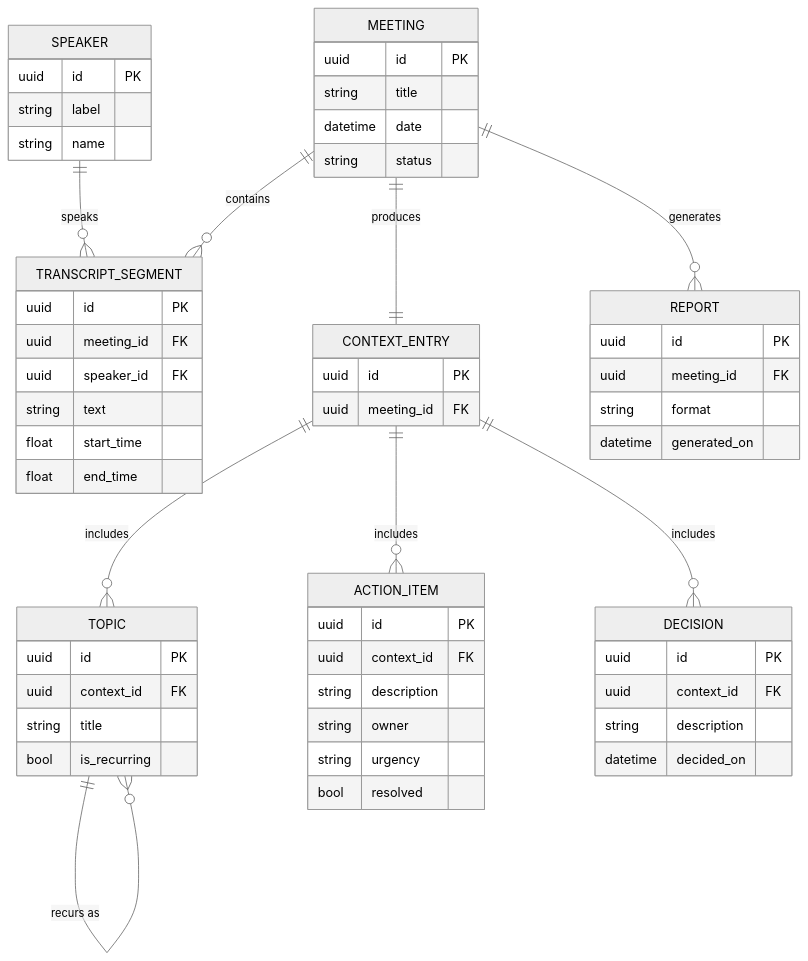
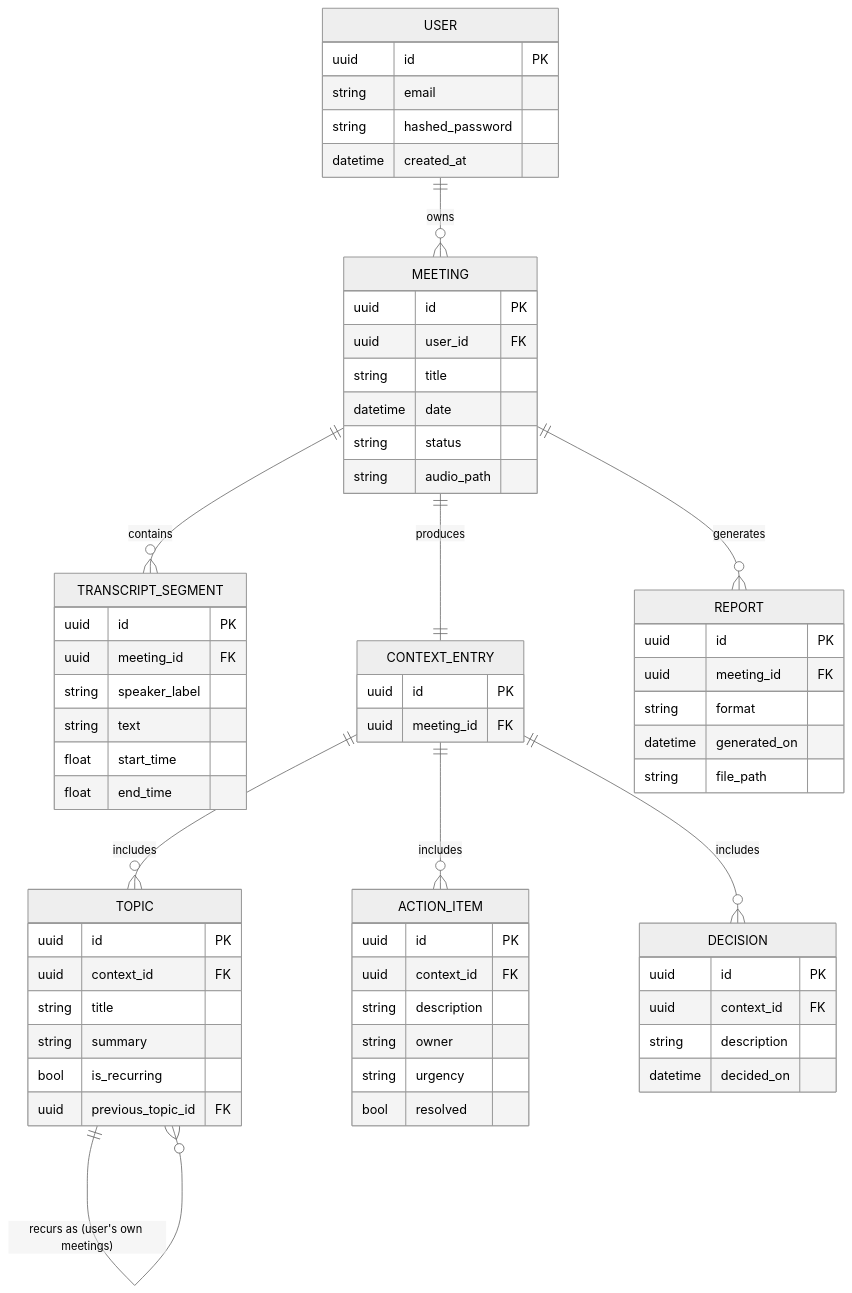
Before and after one commit to Karansinh22/CMIS: the seventh of 8 diagrams in docs/CMIS_UML_Diagrams.md, drawn with Mermaid (neutral theme). The commit also changed other lines of this file and 9 other files, not shown here.

````diff
--- a/docs/CMIS_UML_Diagrams.md
+++ b/docs/CMIS_UML_Diagrams.md
@@ -241,61 +255,67 @@
 ```mermaid
 erDiagram
+    USER ||--o{ MEETING : owns
     MEETING ||--o{ TRANSCRIPT_SEGMENT : contains
     MEETING ||--|| CONTEXT_ENTRY : produces
     MEETING ||--o{ REPORT : generates
-    SPEAKER ||--o{ TRANSCRIPT_SEGMENT : speaks
     CONTEXT_ENTRY ||--o{ TOPIC : includes
     CONTEXT_ENTRY ||--o{ ACTION_ITEM : includes
     CONTEXT_ENTRY ||--o{ DECISION : includes
-    TOPIC ||--o{ TOPIC : "recurs as"
+    TOPIC ||--o{ TOPIC : "recurs as (user's own meetings)"
 
+    USER {
+        uuid id PK
+        string email
+        string hashed_password
+        datetime created_at
+    }
     MEETING {
         uuid id PK
+        uuid user_id FK
         string title
         datetime date
         string status
-    }
-    SPEAKER {
-        uuid id PK
-        string label
-        string name
+        string audio_path
     }
     TRANSCRIPT_SEGMENT {
         uuid id PK
         uuid meeting_id FK
-        uuid speaker_id FK
+        string speaker_label
         string text
         float start_time
         float end_time
     }
     CONTEXT_ENTRY {
         uuid id PK
         uuid meeting_id FK
     }
     TOPIC {
         uuid id PK
         uuid context_id FK
         string title
+        string summary
         bool is_recurring
+        uuid previous_topic_id FK
     }
     ACTION_ITEM {
         uuid id PK
         uuid context_id FK
         string description
         string owner
         string urgency
         bool resolved
     }
     DECISION {
         uuid id PK
         uuid context_id FK
         string description
         datetime decided_on
     }
     REPORT {
         uuid id PK
         uuid meeting_id FK
         string format
         datetime generated_on
+        string file_path
     }
 ```
````
